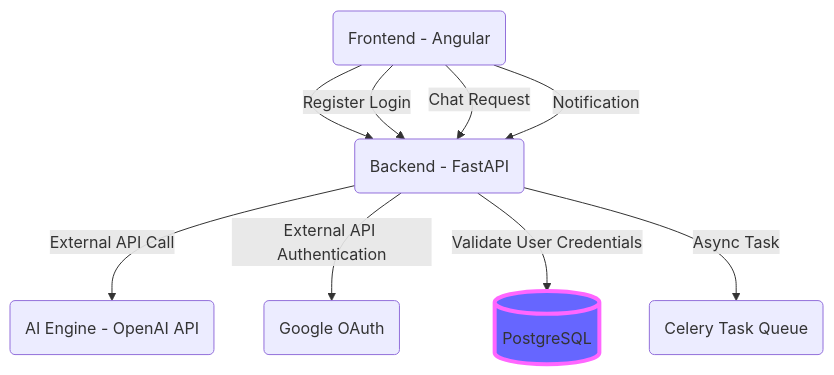
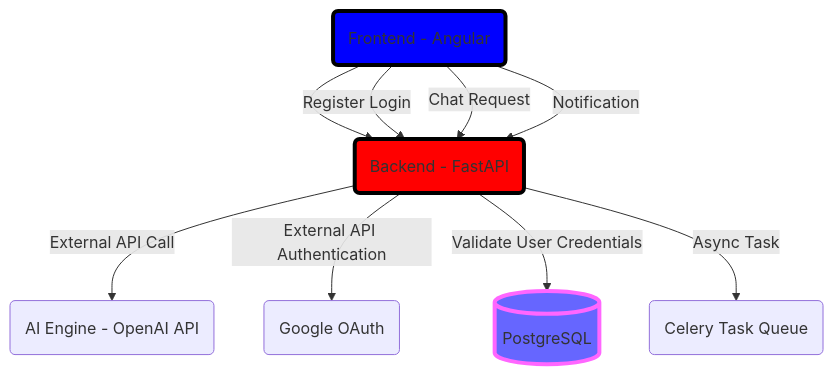
One commit to Joy-Ese/JayBank-Support-App changed the diagram in mermaid.md. Above: the diagram before and after it, drawn with Mermaid.

Commit message:
Update mermaid.md
styling flowchart

````diff
--- a/mermaid.md
+++ b/mermaid.md
@@ -2,13 +2,15 @@
 ``` mermaid
 flowchart TD;
     FE("Frontend - Angular") --> BE("Backend - FastAPI")
     BE -->|External API Call| AI("AI Engine - OpenAI API")
     BE -->|External API Authentication| JWT("Google OAuth")
     FE -->|Register Login| BE
     FE -->|Chat Request| BE
     FE -->|Notification| BE
     BE -->|Validate User Credentials| Database[(PostgreSQL)]
     BE -->|Async Task| Queue("Celery Task Queue")
 
     style Database fill:#66f,stroke:#f6f,stroke-width:4px
+    style FE fill:blue,stroke:black,stroke-width:4px,shadow:shadow
+    style BE fill:red,stroke:black,stroke-width:4px,shadow:shadow
 ```
````
